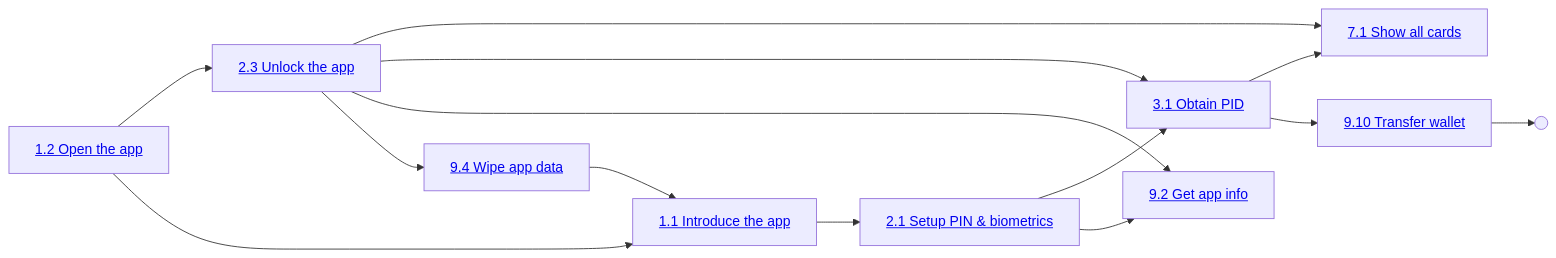
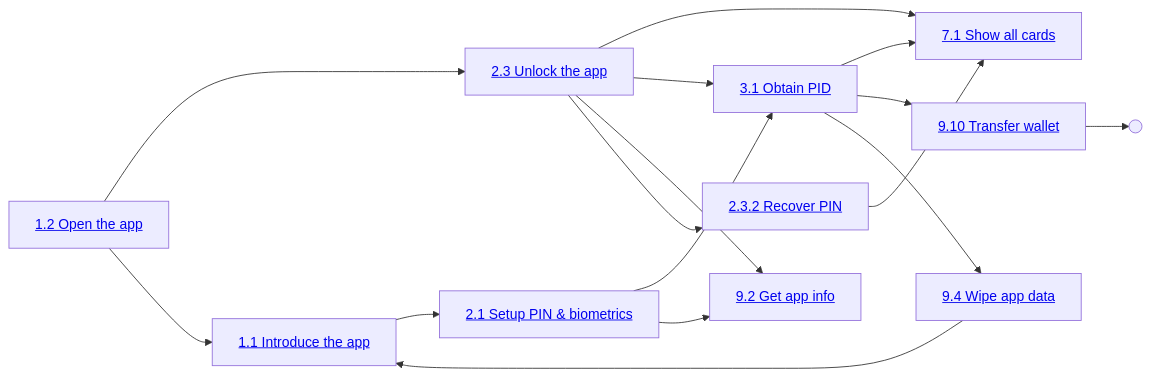
Before and after one commit to MinBZK/nl-wallet: the first of 3 diagrams in wallet_docs/functional-design/use-case-overview.md, drawn with Mermaid. The commit also changed other lines of this file and 10 other files, not shown here.

````diff
--- a/wallet_docs/functional-design/use-case-overview.md
+++ b/wallet_docs/functional-design/use-case-overview.md
@@ -13,38 +13,42 @@
 ```{mermaid}
 flowchart LR
 INTRODUCE["<a href='use-cases/UC1.1_IntroduceTheApp.html'>1.1 Introduce the app</a>"]
 OPEN["<a href='use-cases/UC1.2_OpenTheApp.html'>1.2 Open the app</a>"]
 
 SETUP_PIN["<a href='use-cases/UC2.1_SetupRemotePinAndBiometricsUnlock.html'>2.1 Setup PIN & biometrics</a>"]
 UNLOCK["<a href='use-cases/UC2.3_UnlockTheApp.html'>2.3 Unlock the app</a>"]
+RECOVER_PIN["<a href='use-cases/UC2.3.2_RecoverPIN.html'>2.3.2 Recover PIN</a>"]
 
 OBTAIN_PID["<a href='use-cases/UC3.1_ObtainPidFromProvider.html'>3.1 Obtain PID</a>"]
+WIPE["<a href='use-cases/UC9.4_WipeAllAppData.html'>9.4 Wipe app data</a>"]
 
 ALL_CARDS["<a href='use-cases/UC7.1_ShowAllAvailableCards.html'>7.1 Show all cards</a>"]
 TRANSFER["<a href='use-cases/UC9.10_TransferWallet.html'>9.10 Transfer wallet</a>"]
 END((" "))
 
 APP_INFO["<a href='use-cases/UC9.2_GetAppInformation.html'>9.2 Get app info</a>"]
-WIPE["<a href='use-cases/UC9.4_WipeAllAppData.html'>9.4 Wipe app data</a>"]
 
 OPEN --> UNLOCK
 OPEN --> INTRODUCE
 
 UNLOCK --> ALL_CARDS
 UNLOCK --> OBTAIN_PID
 UNLOCK --> APP_INFO
-UNLOCK --> WIPE
+UNLOCK --> RECOVER_PIN
 
 INTRODUCE --> SETUP_PIN
 
 OBTAIN_PID --> ALL_CARDS
 OBTAIN_PID --> TRANSFER
+OBTAIN_PID --> WIPE
+
+WIPE --> INTRODUCE
 
 TRANSFER --> END
 
-WIPE --> INTRODUCE
+RECOVER_PIN --> ALL_CARDS
 
 SETUP_PIN --> OBTAIN_PID
 SETUP_PIN --> APP_INFO
 
 ```
````
